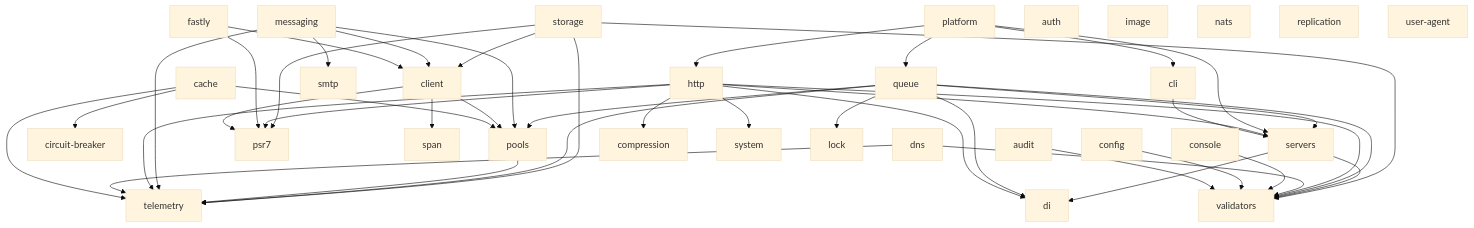
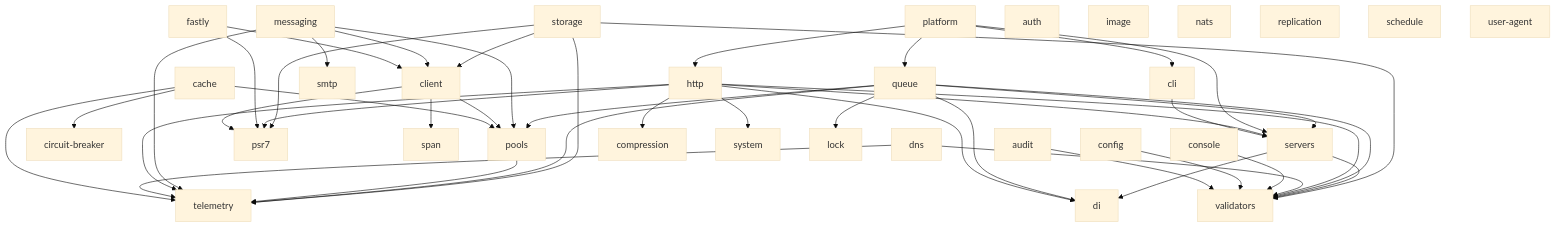
The diagram in README.md (utopia-php/monorepo), drawn with Mermaid (base theme) before and after one commit. The commit also changed 18 other files, not shown here.

````diff
--- a/README.md
+++ b/README.md
@@ -48,50 +48,51 @@
 ```mermaid
 graph TD
     audit --> validators
     cache --> circuit-breaker
     cache --> pools
     cache --> telemetry
     cli --> servers
     client --> pools
     client --> psr7
     client --> span
     config --> validators
     console --> validators
     dns --> telemetry
     dns --> validators
     fastly --> client
     fastly --> psr7
     http --> di
     http --> servers
     http --> compression
     http --> psr7
     http --> telemetry
     http --> validators
     http --> system
     messaging --> client
     messaging --> pools
     messaging --> smtp
     messaging --> telemetry
     platform --> cli
     platform --> http
     platform --> queue
     platform --> servers
     pools --> telemetry
     queue --> di
     queue --> lock
     queue --> servers
     queue --> pools
     queue --> telemetry
     queue --> validators
     servers --> di
     servers --> validators
     storage --> telemetry
     storage --> validators
     storage --> client
     storage --> psr7
     auth
     image
     nats
     replication
+    schedule
     user-agent
 ```
````
